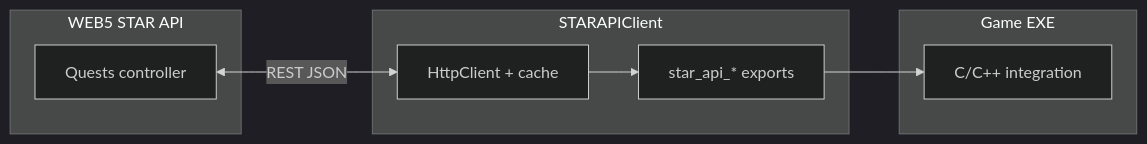
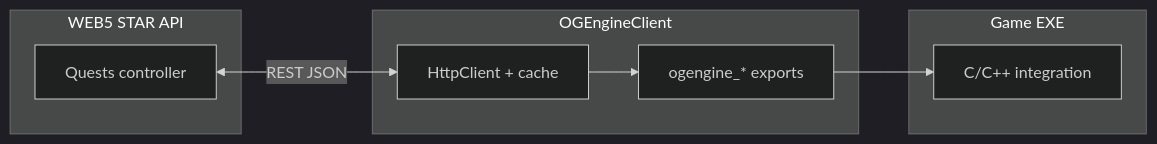
The diagram in OASIS Omniverse/Docs/STAR_Quest_System_Developer_Guide.md (NextGenSoftwareUK/OASIS), drawn with Mermaid (dark theme) before and after one commit. The commit also changed other lines of this file and 167 other files, not shown here.

````diff
--- a/OASIS Omniverse/Docs/STAR_Quest_System_Developer_Guide.md
+++ b/OASIS Omniverse/Docs/STAR_Quest_System_Developer_Guide.md
@@ -22,16 +22,16 @@
 ```mermaid
 flowchart LR
   subgraph backend [WEB5 STAR API]
     QCtrl[Quests controller]
   end
-  subgraph client [STARAPIClient]
+  subgraph client [OGEngineClient]
     HTTP[HttpClient + cache]
-    CABI[star_api_* exports]
+    CABI[ogengine_* exports]
   end
   subgraph game [Game EXE]
     C[C/C++ integration]
   end
   QCtrl <-->|REST JSON| HTTP
   HTTP --> CABI
   CABI --> C
 ```
````
